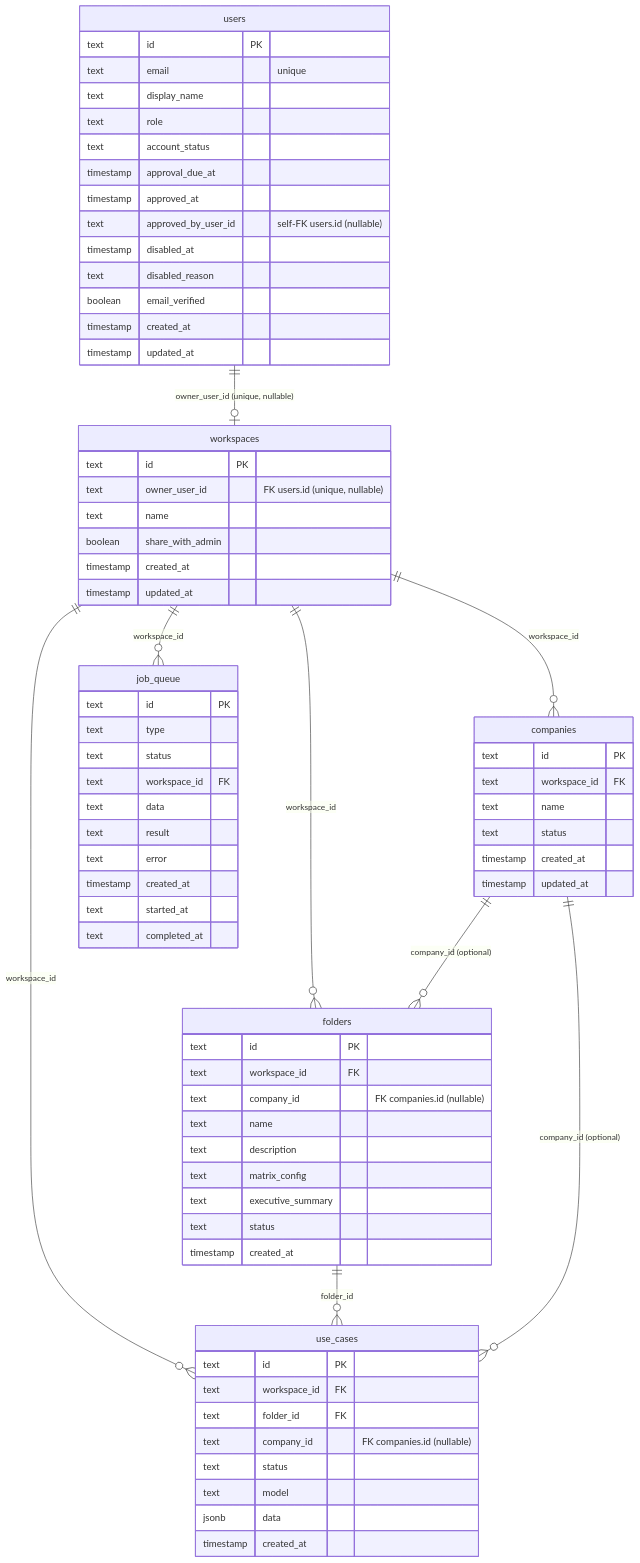
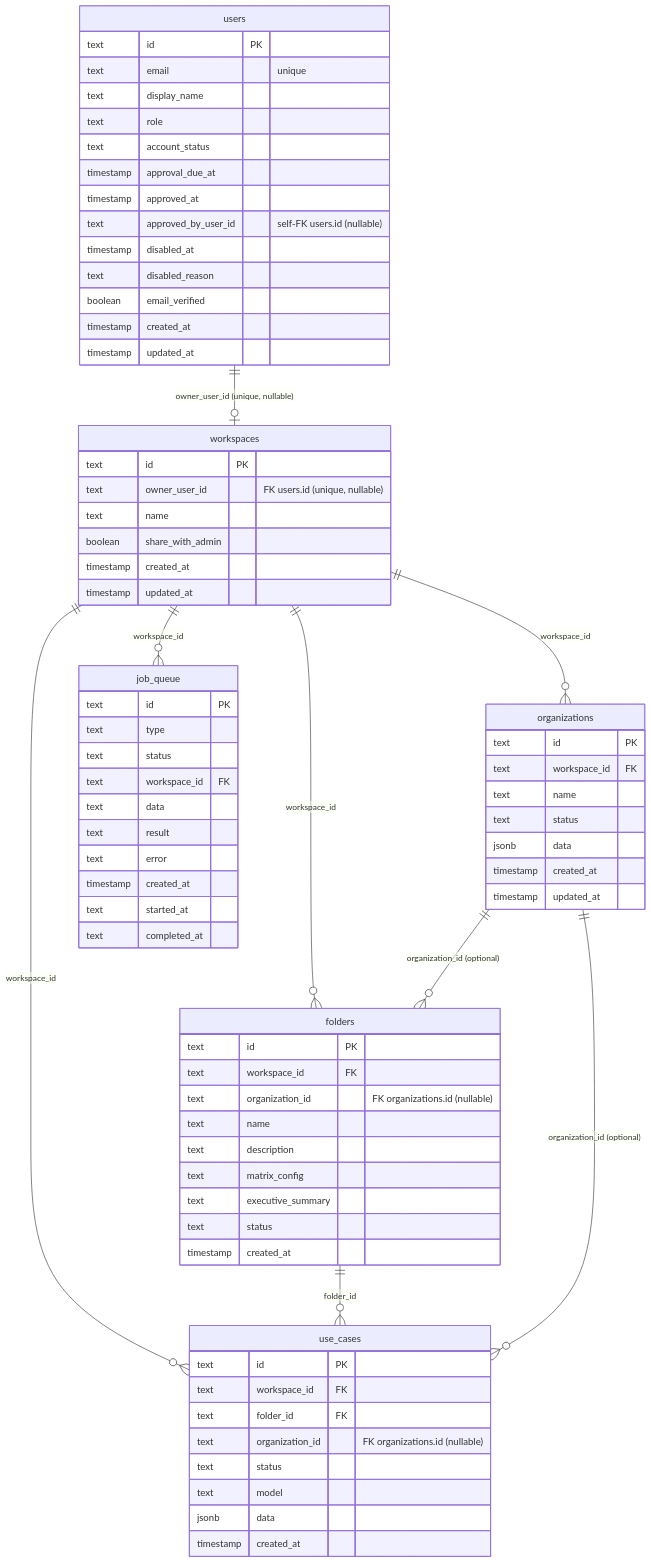
One commit to rhanka/sentropic changed the first of 3 diagrams in spec/DATA_MODEL.md. Above: the diagram before and after it, drawn with Mermaid. The commit also changed other lines of this file and 7 other files, not shown here.

Commit message:
docs(spec): replace company/entreprise with organization/organisation (Lot 4)

```diff
--- a/spec/DATA_MODEL.md
+++ b/spec/DATA_MODEL.md
@@ -9,14 +9,14 @@
 erDiagram
     users ||--o| workspaces : "owner_user_id (unique, nullable)"
 
-    workspaces ||--o{ companies : "workspace_id"
+    workspaces ||--o{ organizations : "workspace_id"
     workspaces ||--o{ folders : "workspace_id"
     workspaces ||--o{ use_cases : "workspace_id"
     workspaces ||--o{ job_queue : "workspace_id"
 
-    companies ||--o{ folders : "company_id (optional)"
+    organizations ||--o{ folders : "organization_id (optional)"
     folders ||--o{ use_cases : "folder_id"
-    companies ||--o{ use_cases : "company_id (optional)"
+    organizations ||--o{ use_cases : "organization_id (optional)"
 
     workspaces {
         text id PK
@@ -43,11 +43,12 @@
         timestamp updated_at
     }
 
-    companies {
+    organizations {
         text id PK
         text workspace_id FK
         text name
         text status
+        jsonb data
         timestamp created_at
         timestamp updated_at
     }
@@ -55,7 +56,7 @@
     folders {
         text id PK
         text workspace_id FK
-        text company_id "FK companies.id (nullable)"
+        text organization_id "FK organizations.id (nullable)"
         text name
         text description
         text matrix_config
@@ -68,7 +69,7 @@
         text id PK
         text workspace_id FK
         text folder_id FK
-        text company_id "FK companies.id (nullable)"
+        text organization_id "FK organizations.id (nullable)"
         text status
         text model
         jsonb data
```
